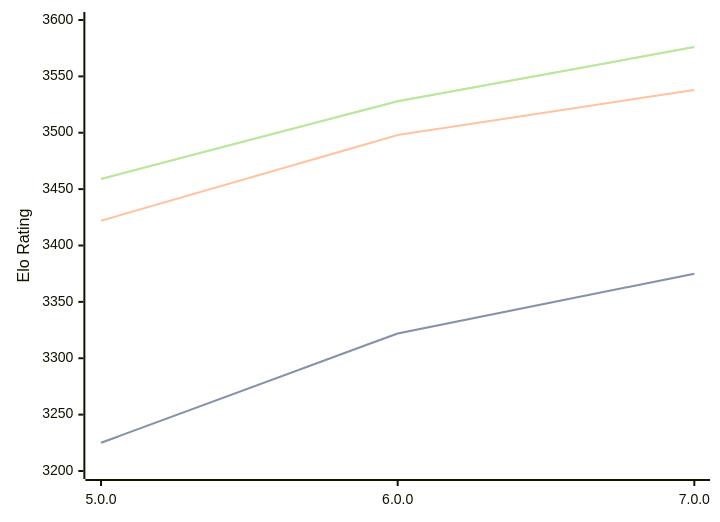
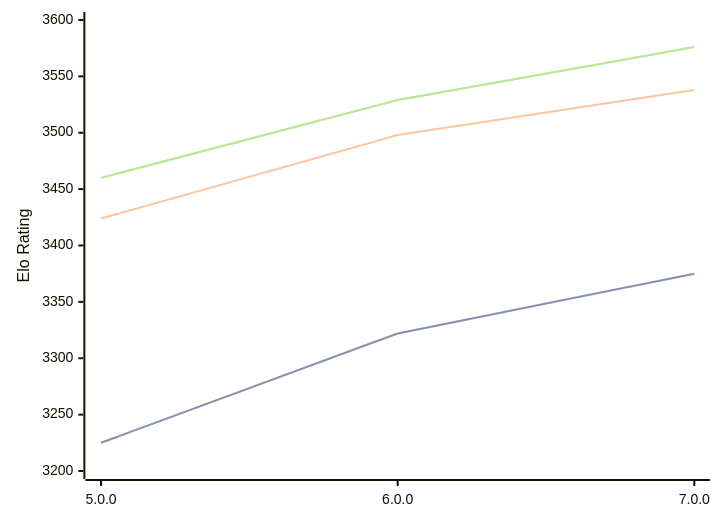
Before and after one commit to computer-chess-index/cci: the diagram in engines/Stormphrax.md, drawn with Mermaid. The commit also changed other lines of this file, not shown here.

Commit message:
Update CCI Ratings (ELO VLTC) - 2026-04-03

````diff
--- a/engines/Stormphrax.md
+++ b/engines/Stormphrax.md
@@ -38,11 +38,11 @@
 ```mermaid
 %%{init: {"theme":"base","themeVariables":{"seriesColors:['#a3a3a3','#222221','#faa371']}}}%%
 xychart-beta
   x-axis ["5.0.0", "6.0.0", "7.0.0"]
   y-axis "Elo Rating" 3200 --> 3600
   line "STC (8.0+0.08s)" [3225, 3322, 3375]
   line "STC (8.0+0.08s)" [3225, 3322, 3375]
-  line "LTC (60.0+0.60s)" [3422, 3498, 3538]
-  line "VLTC (2m24s+1.12s)" [3459, 3528, 3576]
-  line "VLTC (2m24s+1.12s)" [3459, 3528, 3576]
+  line "LTC (60.0+0.60s)" [3424, 3498, 3538]
+  line "VLTC (2m24s+1.12s)" [3460, 3529, 3576]
+  line "VLTC (2m24s+1.12s)" [3460, 3529, 3576]
 ```
````
